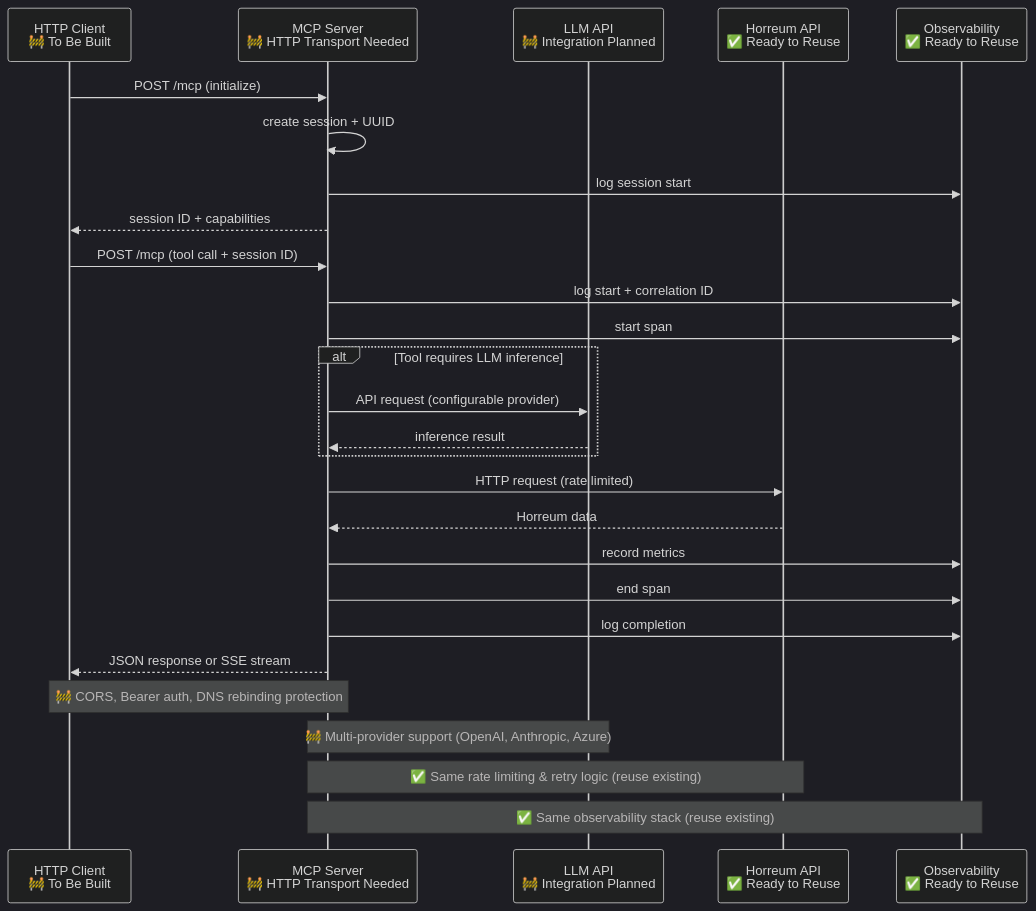
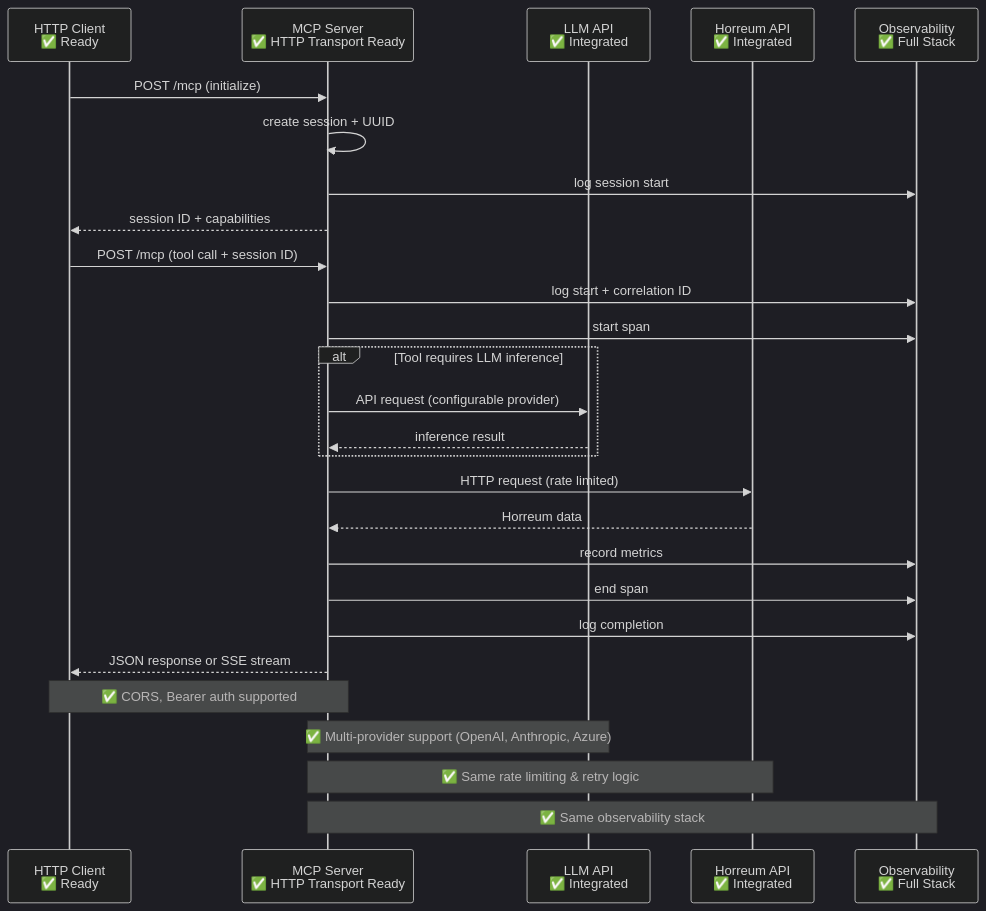
The third of 4 diagrams in README.md (dustinblack/horreum-mcp), drawn with Mermaid (dark theme) before and after one commit. The commit also changed other lines of this file and 13 other files, not shown here.

First line of the commit message:
feat: implement Phase 4 - HTTP Standalone Mode with external LLM integration

````diff
--- a/README.md
+++ b/README.md
@@ -136,34 +135,34 @@
 ```mermaid
 sequenceDiagram
-    participant CLIENT as HTTP Client<br/>🚧 To Be Built
-    participant MCP as MCP Server<br/>🚧 HTTP Transport Needed
-    participant LLM as LLM API<br/>🚧 Integration Planned
-    participant H as Horreum API<br/>✅ Ready to Reuse
-    participant OBS as Observability<br/>✅ Ready to Reuse
+    participant CLIENT as HTTP Client<br/>✅ Ready
+    participant MCP as MCP Server<br/>✅ HTTP Transport Ready
+    participant LLM as LLM API<br/>✅ Integrated
+    participant H as Horreum API<br/>✅ Integrated
+    participant OBS as Observability<br/>✅ Full Stack
     
     CLIENT->>MCP: POST /mcp (initialize)
     MCP->>MCP: create session + UUID
     MCP->>OBS: log session start
     MCP-->>CLIENT: session ID + capabilities
     
     CLIENT->>MCP: POST /mcp (tool call + session ID)
     MCP->>OBS: log start + correlation ID
     MCP->>OBS: start span
     
     alt Tool requires LLM inference
         MCP->>LLM: API request (configurable provider)
         LLM-->>MCP: inference result
     end
     
     MCP->>H: HTTP request (rate limited)
     H-->>MCP: Horreum data
     MCP->>OBS: record metrics
     MCP->>OBS: end span
     MCP->>OBS: log completion
     MCP-->>CLIENT: JSON response or SSE stream
     
-    Note over CLIENT,MCP: 🚧 CORS, Bearer auth, DNS rebinding protection
-    Note over MCP,LLM: 🚧 Multi-provider support (OpenAI, Anthropic, Azure)
-    Note over MCP,H: ✅ Same rate limiting & retry logic (reuse existing)
-    Note over MCP,OBS: ✅ Same observability stack (reuse existing)
+    Note over CLIENT,MCP: ✅ CORS, Bearer auth supported
+    Note over MCP,LLM: ✅ Multi-provider support (OpenAI, Anthropic, Azure)
+    Note over MCP,H: ✅ Same rate limiting & retry logic
+    Note over MCP,OBS: ✅ Same observability stack
 ```
````
